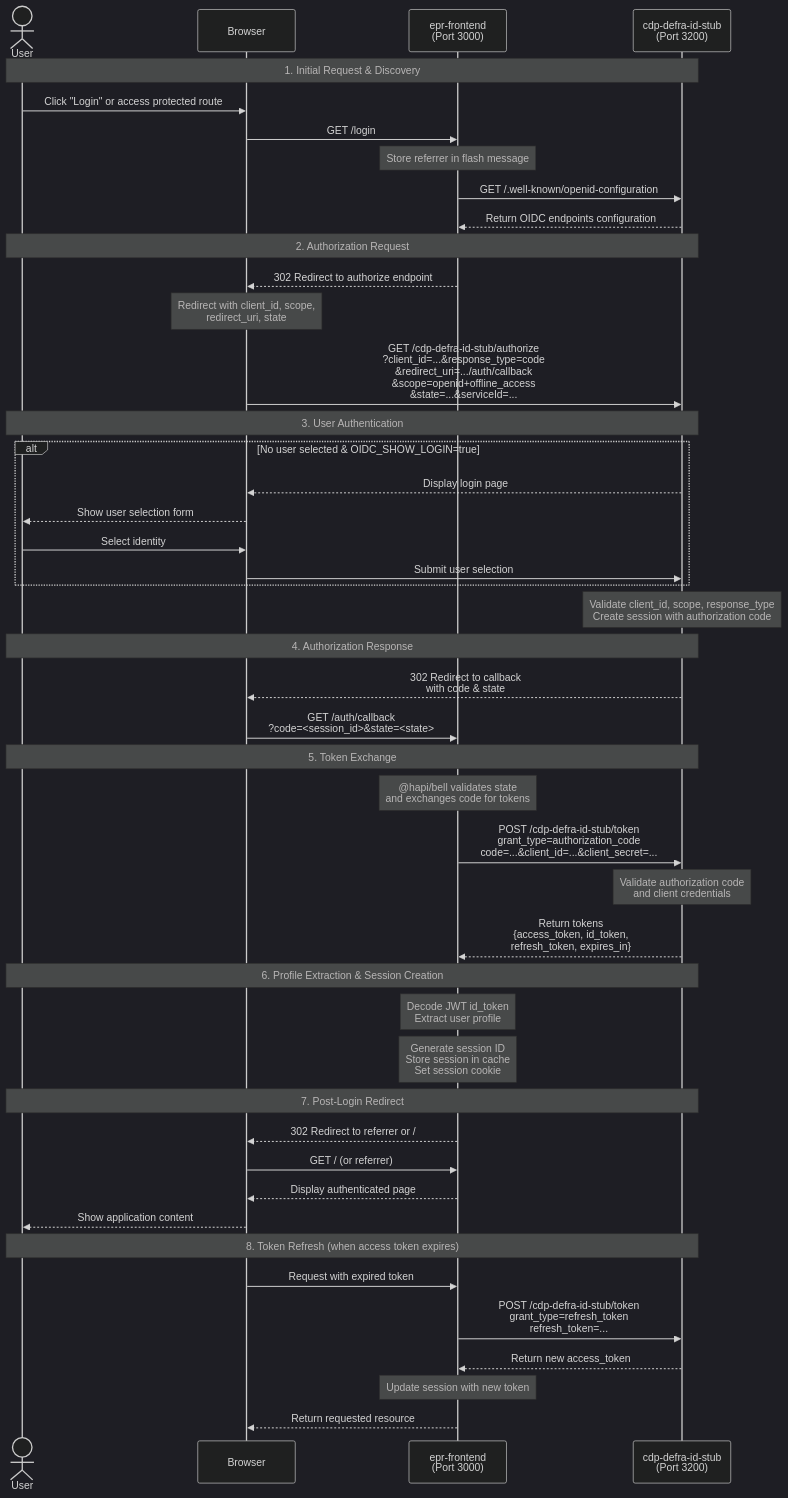
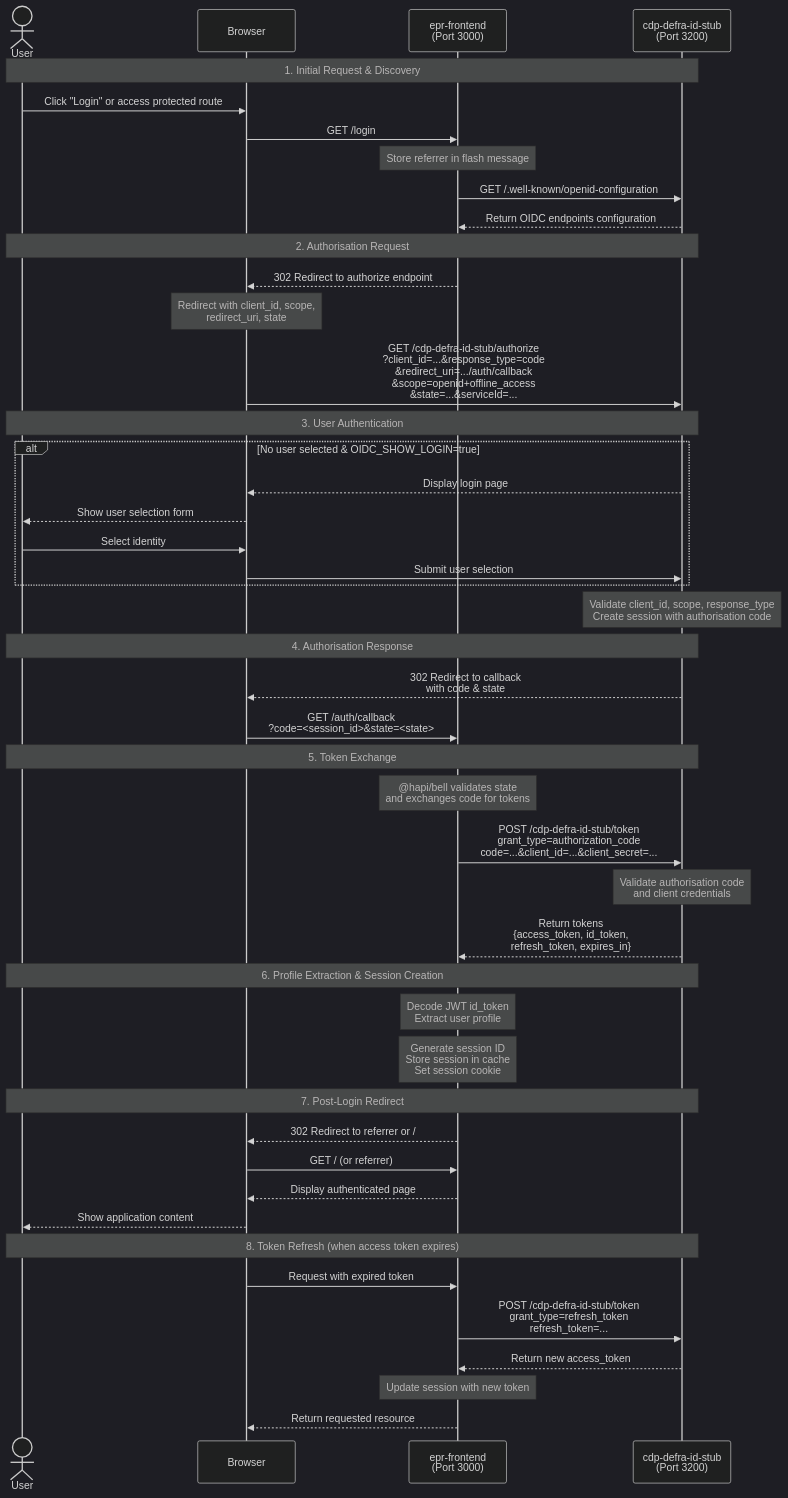
Before and after one commit to DEFRA/epr-frontend: the diagram in docs/defra-id-oidc-flow.md, drawn with Mermaid (dark theme). The commit also changed other lines of this file, not shown here.

````diff
--- a/docs/defra-id-oidc-flow.md
+++ b/docs/defra-id-oidc-flow.md
@@ -248,56 +248,56 @@
 ```mermaid
 sequenceDiagram
     actor User
     participant Browser
     participant Frontend as epr-frontend<br/>(Port 3000)
     participant Stub as cdp-defra-id-stub<br/>(Port 3200)
 
     Note over User,Stub: 1. Initial Request & Discovery
     User->>Browser: Click "Login" or access protected route
     Browser->>Frontend: GET /login
     Note over Frontend: Store referrer in flash message
     Frontend->>Stub: GET /.well-known/openid-configuration
     Stub-->>Frontend: Return OIDC endpoints configuration
 
-    Note over User,Stub: 2. Authorization Request
+    Note over User,Stub: 2. Authorisation Request
     Frontend-->>Browser: 302 Redirect to authorize endpoint
     Note over Browser: Redirect with client_id, scope,<br/>redirect_uri, state
     Browser->>Stub: GET /cdp-defra-id-stub/authorize<br/>?client_id=...&response_type=code<br/>&redirect_uri=.../auth/callback<br/>&scope=openid+offline_access<br/>&state=...&serviceId=...
 
     Note over User,Stub: 3. User Authentication
     alt No user selected & OIDC_SHOW_LOGIN=true
         Stub-->>Browser: Display login page
         Browser-->>User: Show user selection form
         User->>Browser: Select identity
         Browser->>Stub: Submit user selection
     end
 
-    Note over Stub: Validate client_id, scope, response_type<br/>Create session with authorization code
+    Note over Stub: Validate client_id, scope, response_type<br/>Create session with authorisation code
 
-    Note over User,Stub: 4. Authorization Response
+    Note over User,Stub: 4. Authorisation Response
     Stub-->>Browser: 302 Redirect to callback<br/>with code & state
     Browser->>Frontend: GET /auth/callback<br/>?code=<session_id>&state=<state>
 
     Note over User,Stub: 5. Token Exchange
     Note over Frontend: @hapi/bell validates state<br/>and exchanges code for tokens
     Frontend->>Stub: POST /cdp-defra-id-stub/token<br/>grant_type=authorization_code<br/>code=...&client_id=...&client_secret=...
-    Note over Stub: Validate authorization code<br/>and client credentials
+    Note over Stub: Validate authorisation code<br/>and client credentials
     Stub-->>Frontend: Return tokens<br/>{access_token, id_token,<br/>refresh_token, expires_in}
 
     Note over User,Stub: 6. Profile Extraction & Session Creation
     Note over Frontend: Decode JWT id_token<br/>Extract user profile
     Note over Frontend: Generate session ID<br/>Store session in cache<br/>Set session cookie
 
     Note over User,Stub: 7. Post-Login Redirect
     Frontend-->>Browser: 302 Redirect to referrer or /
     Browser->>Frontend: GET / (or referrer)
     Frontend-->>Browser: Display authenticated page
     Browser-->>User: Show application content
 
     Note over User,Stub: 8. Token Refresh (when access token expires)
     Browser->>Frontend: Request with expired token
     Frontend->>Stub: POST /cdp-defra-id-stub/token<br/>grant_type=refresh_token<br/>refresh_token=...
     Stub-->>Frontend: Return new access_token
     Note over Frontend: Update session with new token
     Frontend-->>Browser: Return requested resource
 ```
````
